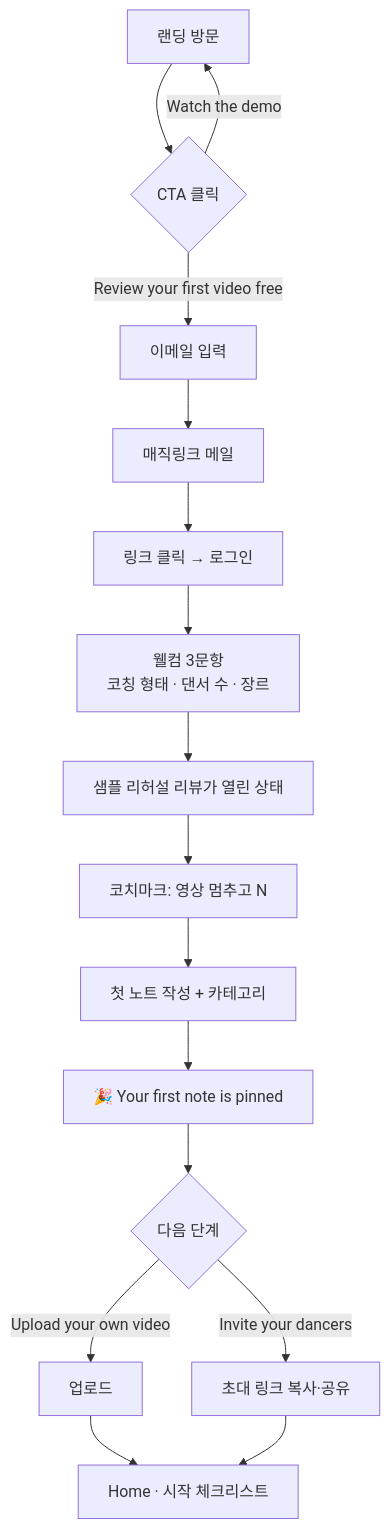
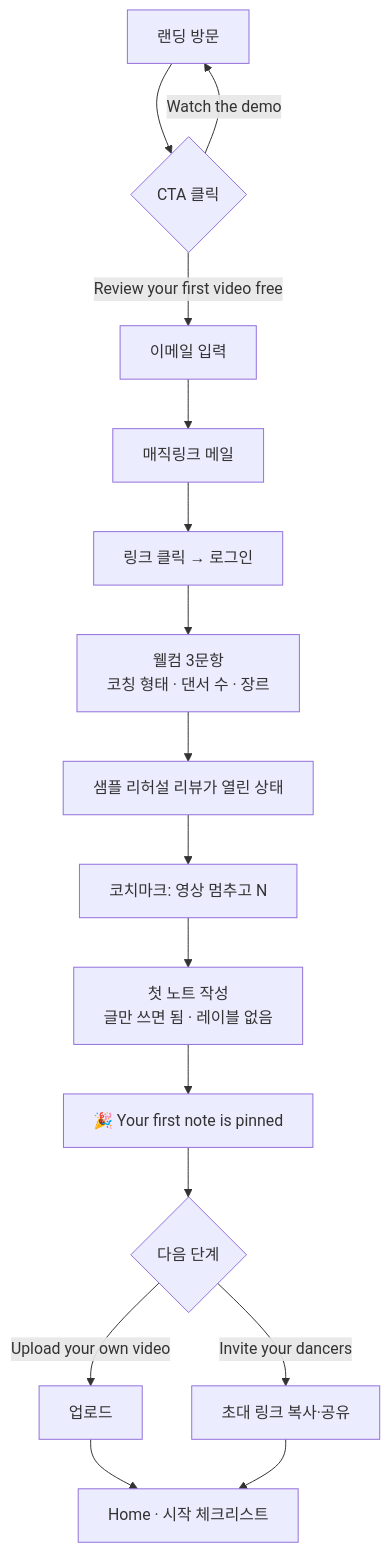
Before and after one commit to hope13710/dancerly: the first of 10 diagrams in docs/04-user-flows.md, drawn with Mermaid. The commit also changed 12 other files, not shown here.

````diff
--- a/docs/04-user-flows.md
+++ b/docs/04-user-flows.md
@@ -26,18 +26,18 @@
 ```mermaid
 flowchart TD
   A[랜딩 방문] --> B{CTA 클릭}
   B -->|Review your first video free| C[이메일 입력]
   B -->|Watch the demo| A
   C --> D[매직링크 메일]
   D --> E[링크 클릭 → 로그인]
   E --> F[웰컴 3문항<br/>코칭 형태 · 댄서 수 · 장르]
   F --> G[샘플 리허설 리뷰가 열린 상태]
   G --> H[코치마크: 영상 멈추고 N]
-  H --> I[첫 노트 작성 + 카테고리]
+  H --> I[첫 노트 작성<br/>글만 쓰면 됨 · 레이블 없음]
   I --> J[🎉 Your first note is pinned]
   J --> K{다음 단계}
   K -->|Upload your own video| L[업로드]
   K -->|Invite your dancers| M[초대 링크 복사·공유]
   L --> N[Home · 시작 체크리스트]
   M --> N
 ```
````
